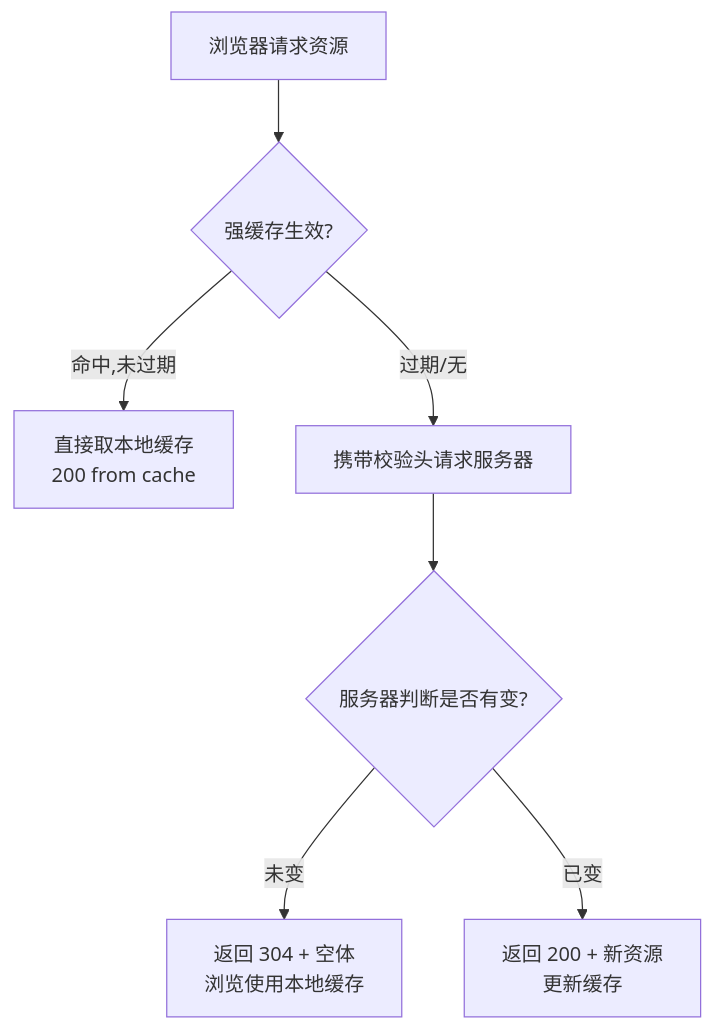
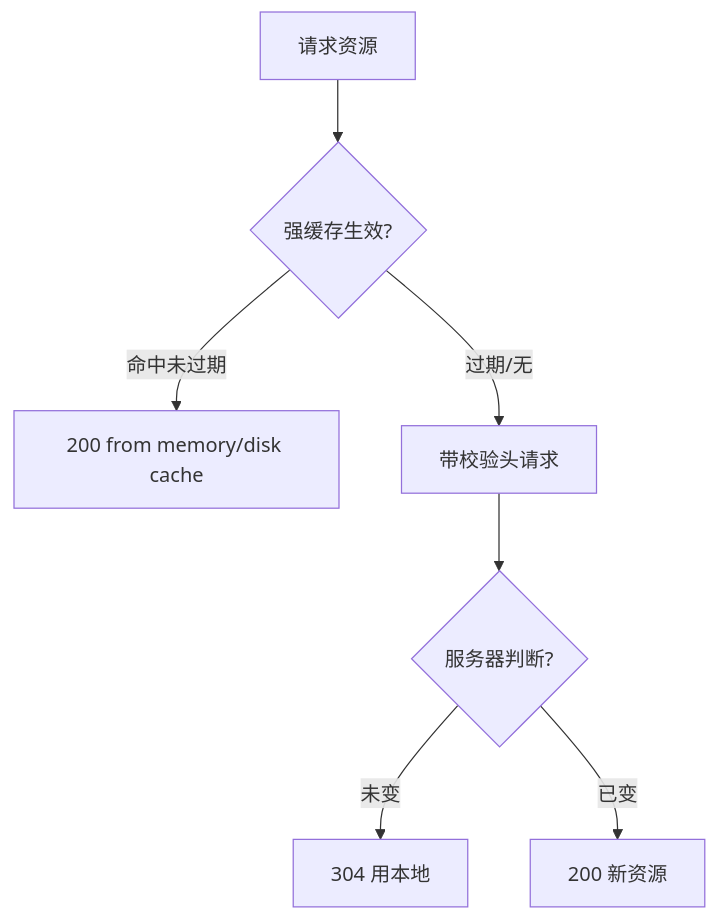
The first of 2 diagrams in frontend-knowledge-base/卷四-网络与通信/4.3-HTTP缓存与协商.md (inspire-man/frontend-knowledge-base), drawn with Mermaid before and after one commit. The commit also changed other lines of this file and 2 other files, not shown here.

````diff
--- a/frontend-knowledge-base/卷四-网络与通信/4.3-HTTP缓存与协商.md
+++ b/frontend-knowledge-base/卷四-网络与通信/4.3-HTTP缓存与协商.md
@@ -29,9 +26,9 @@
 ```mermaid
 flowchart TD
-    A[浏览器请求资源] --> B{强缓存生效?}
-    B -->|命中,未过期| C[直接取本地缓存<br/>200 from cache]
-    B -->|过期/无| D[携带校验头请求服务器]
-    D --> E{服务器判断是否有变?}
-    E -->|未变| F[返回 304 + 空体<br/>浏览使用本地缓存]
-    E -->|已变| G[返回 200 + 新资源<br/>更新缓存]
+    A[请求资源] --> B{强缓存生效?}
+    B -->|命中未过期| C[200 from memory/disk cache]
+    B -->|过期/无| D[带校验头请求]
+    D --> E{服务器判断?}
+    E -->|未变| F[304 用本地]
+    E -->|已变| G[200 新资源]
 ```
````
